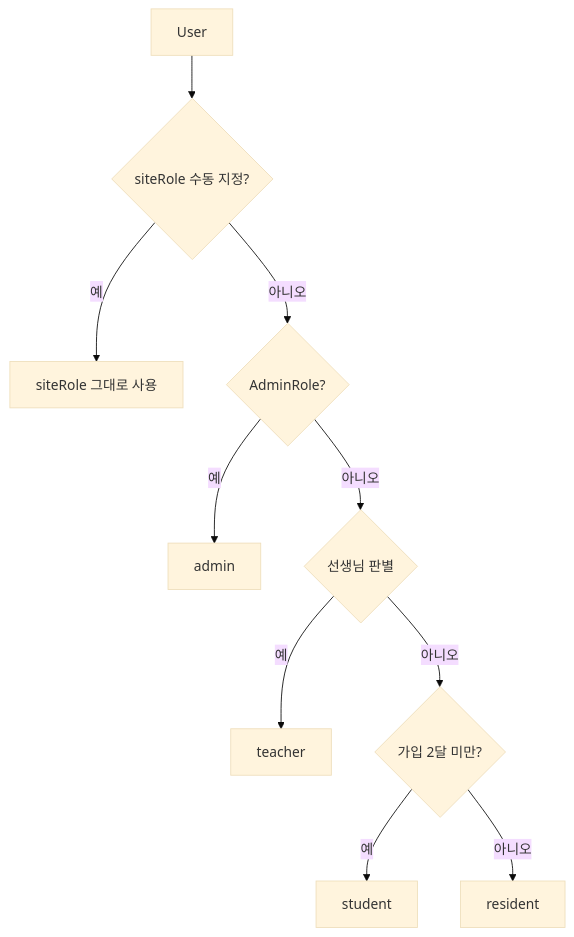
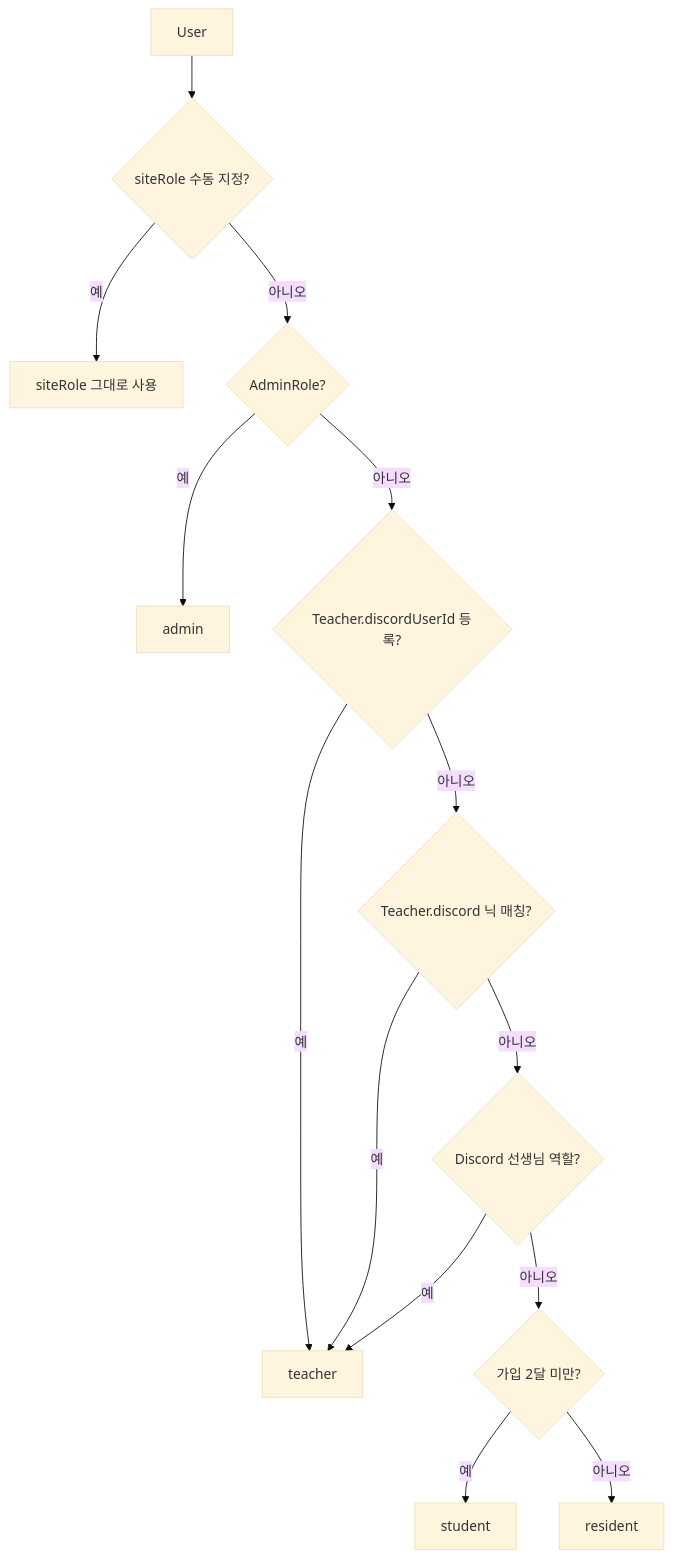
One commit to zyansuh/ow_school changed the first of 3 diagrams in README.md. Above: the diagram before and after it, drawn with Mermaid (base theme). The commit also changed other lines of this file, not shown here.

First line of the commit message:
docs(readme): document DM logs, assignment history, and teacher roles

````diff
--- a/README.md
+++ b/README.md
@@ -85,12 +85,16 @@
 ```mermaid
 flowchart TD
     A[User] --> B{siteRole 수동 지정?}
     B -->|예| C[siteRole 그대로 사용]
     B -->|아니오| D{AdminRole?}
     D -->|예| E[admin]
-    D -->|아니오| F{선생님 판별}
+    D -->|아니오| F{Teacher.discordUserId 등록?}
     F -->|예| G[teacher]
-    F -->|아니오| H{가입 2달 미만?}
-    H -->|예| I[student]
-    H -->|아니오| J[resident]
+    F -->|아니오| H{Teacher.discord 닉 매칭?}
+    H -->|예| G
+    H -->|아니오| I{Discord 선생님 역할?}
+    I -->|예| G
+    I -->|아니오| J{가입 2달 미만?}
+    J -->|예| K[student]
+    J -->|아니오| L[resident]
 ```
````
